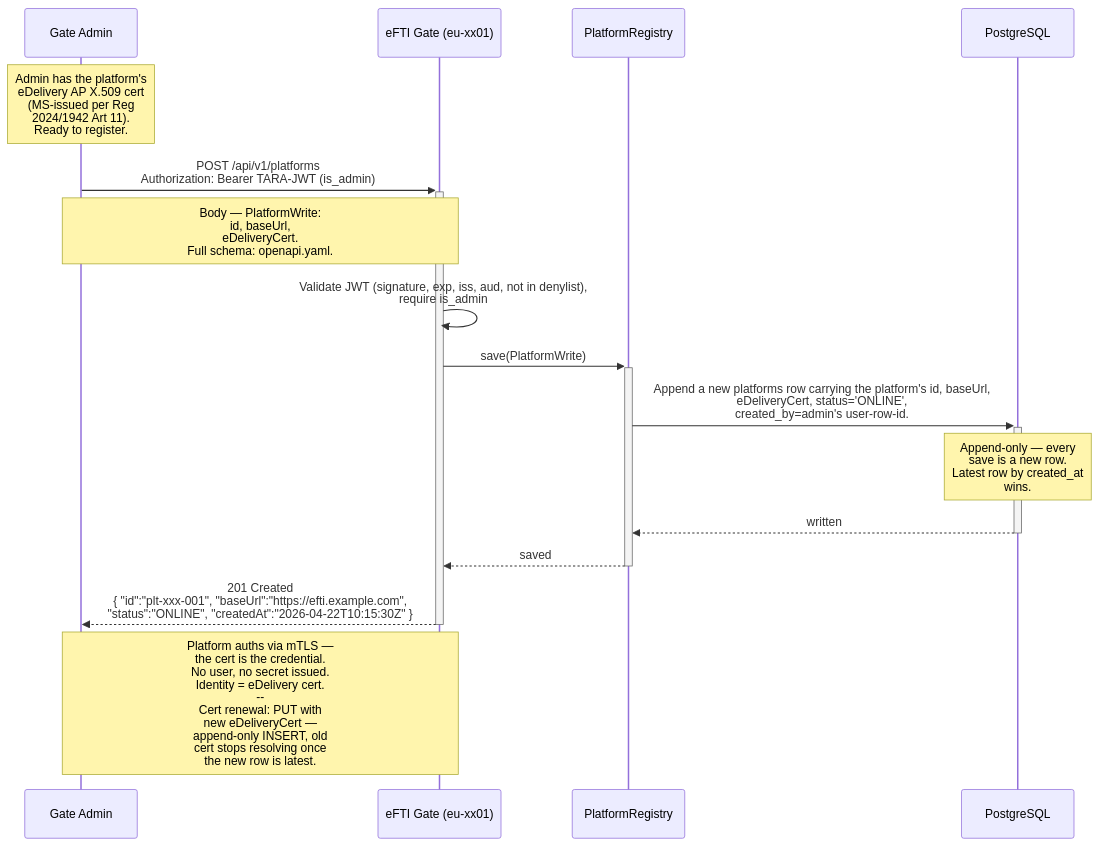
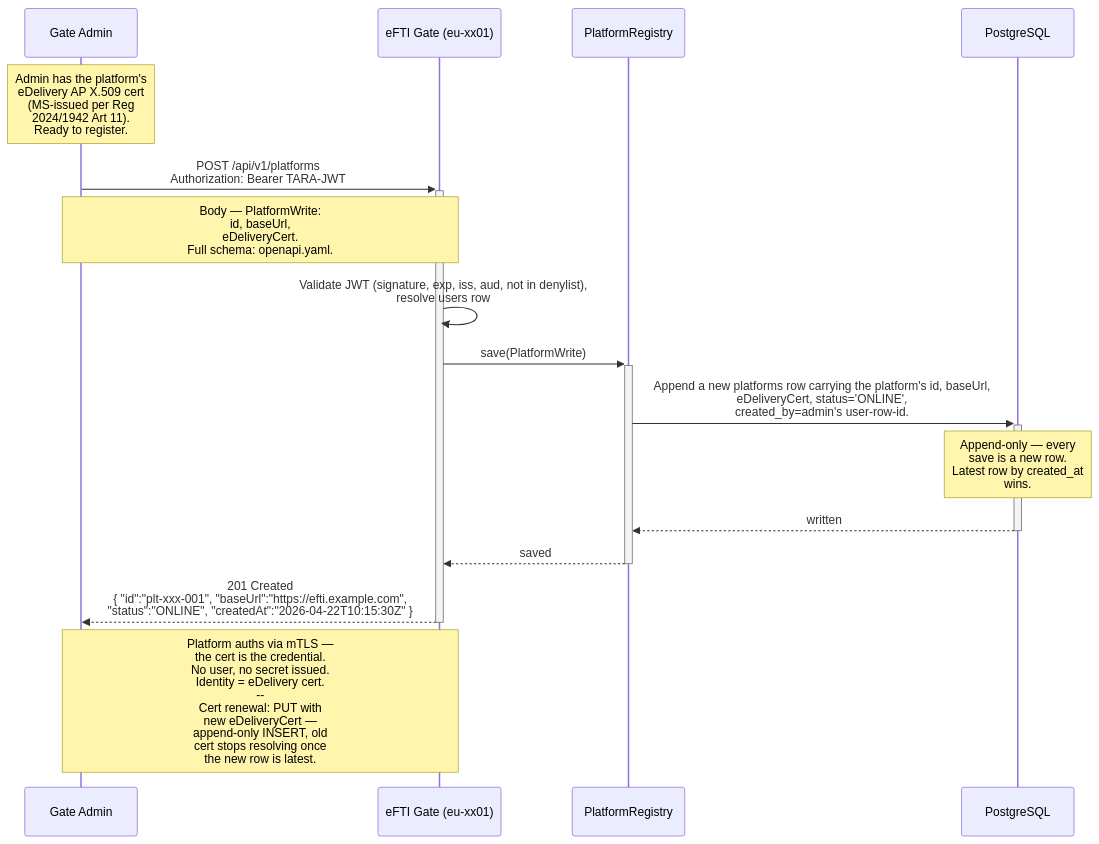
One commit to kemit-ee/efti-gate-ee changed the diagram in docs/specs/diagrams/seq-10-platform-registration.mmd. Above: the diagram before and after it, drawn with Mermaid. The commit also changed 49 other files, not shown here.

```diff
--- a/docs/specs/diagrams/seq-10-platform-registration.mmd
+++ b/docs/specs/diagrams/seq-10-platform-registration.mmd
@@ -1,22 +1,22 @@
 sequenceDiagram
     participant Admin as Gate Admin
     participant Gate as eFTI Gate (eu-xx01)
     participant PlatformReg as PlatformRegistry
     participant DB as PostgreSQL
 
     Note over Admin: Admin has the platform's<br/>eDelivery AP X.509 cert<br/>(MS-issued per Reg<br/>2024/1942 Art 11).<br/>Ready to register.
 
-    Admin->>+Gate: POST /api/v1/platforms<br/>Authorization: Bearer TARA-JWT (is_admin)
+    Admin->>+Gate: POST /api/v1/platforms<br/>Authorization: Bearer TARA-JWT
     Note over Admin,Gate: Body — PlatformWrite:<br/>id, baseUrl,<br/>eDeliveryCert.<br/>Full schema: openapi.yaml.
 
-    Gate->>Gate: Validate JWT (signature, exp, iss, aud, not in denylist),<br/>require is_admin
+    Gate->>Gate: Validate JWT (signature, exp, iss, aud, not in denylist),<br/>resolve users row
 
     Gate->>+PlatformReg: save(PlatformWrite)
     PlatformReg->>+DB: Append a new platforms row carrying the platform's id, baseUrl,<br/>eDeliveryCert, status='ONLINE',<br/>created_by=admin's user-row-id.
     Note over DB: Append-only — every<br/>save is a new row.<br/>Latest row by created_at<br/>wins.
     DB-->>-PlatformReg: written
     PlatformReg-->>-Gate: saved
 
     Gate-->>-Admin: 201 Created<br/>{ "id":"plt-xxx-001", "baseUrl":"https://efti.example.com",<br/>  "status":"ONLINE", "createdAt":"2026-04-22T10:15:30Z" }
 
     Note over Admin,Gate: Platform auths via mTLS —<br/>the cert is the credential.<br/>No user, no secret issued.<br/>Identity = eDelivery cert.<br/>--<br/>Cert renewal: PUT with<br/>new eDeliveryCert —<br/>append-only INSERT, old<br/>cert stops resolving once<br/>the new row is latest.
```
